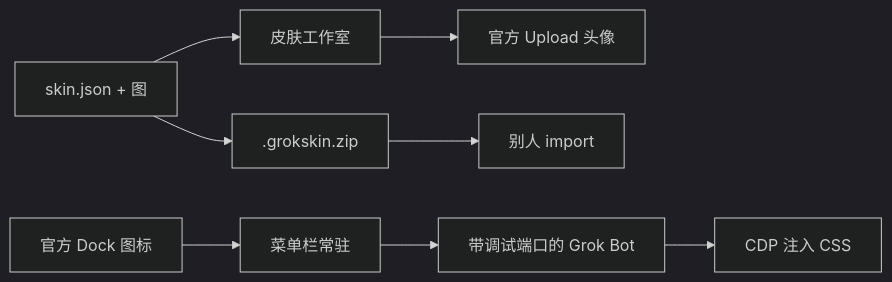
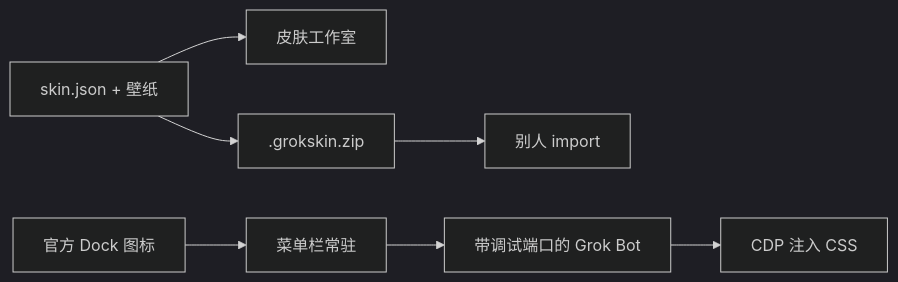
Before and after one commit to Yellow5A5/Grok-Bot-Skin: the diagram in README.md, drawn with Mermaid (dark theme). The commit also changed other lines of this file and 5 other files, not shown here.

````diff
--- a/README.md
+++ b/README.md
@@ -12,10 +9,9 @@
 ```mermaid
 flowchart LR
-  pack["skin.json + 图"] --> studio["皮肤工作室"]
-  studio --> avatar["官方 Upload 头像"]
+  pack["skin.json + 壁纸"] --> studio["皮肤工作室"]
   menubar["菜单栏常驻"] --> grok["带调试端口的 Grok Bot"]
   dock["官方 Dock 图标"] --> menubar
   grok --> css["CDP 注入 CSS"]
   pack --> zip[".grokskin.zip"]
   zip --> import["别人 import"]
 ```
````
